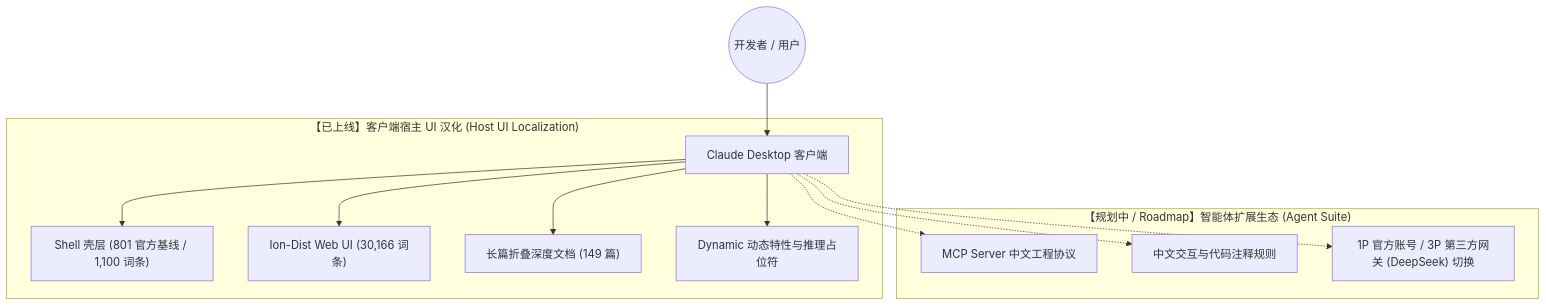
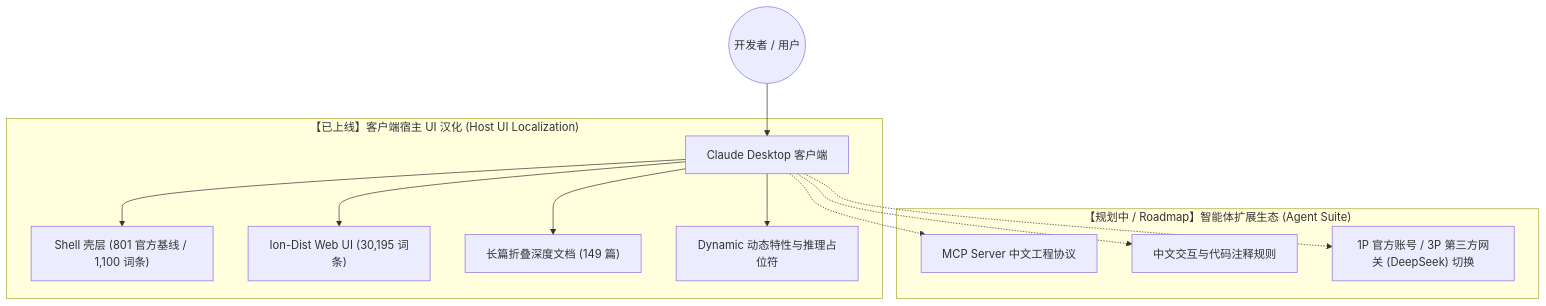
Before and after one commit to yiheng8023/claude-chinese: the first of 2 diagrams in README.md, drawn with Mermaid. The commit also changed other lines of this file and 4 other files, not shown here.

````diff
--- a/README.md
+++ b/README.md
@@ -44,17 +44,17 @@
 ```mermaid
 graph TD
     User((开发者 / 用户)) --> ClaudeApp[Claude Desktop 客户端]
     
     subgraph Mode1 ["【已上线】客户端宿主 UI 汉化 (Host UI Localization)"]
         ClaudeApp --> ShellLayer["Shell 壳层 (801 官方基线 / 1,100 词条)"]
-        ClaudeApp --> WebUILayer["Ion-Dist Web UI (30,166 词条)"]
+        ClaudeApp --> WebUILayer["Ion-Dist Web UI (30,195 词条)"]
         ClaudeApp --> LongDocsLayer["长篇折叠深度文档 (149 篇)"]
         ClaudeApp --> DynamicLayer["Dynamic 动态特性与推理占位符"]
     end
     
     subgraph Mode2 ["【规划中 / Roadmap】智能体扩展生态 (Agent Suite)"]
         ClaudeApp -.-> MCP["MCP Server 中文工程协议"]
         ClaudeApp -.-> Rules["中文交互与代码注释规则"]
         ClaudeApp -.-> Switcher["1P 官方账号 / 3P 第三方网关 (DeepSeek) 切换"]
     end
 ```
````
